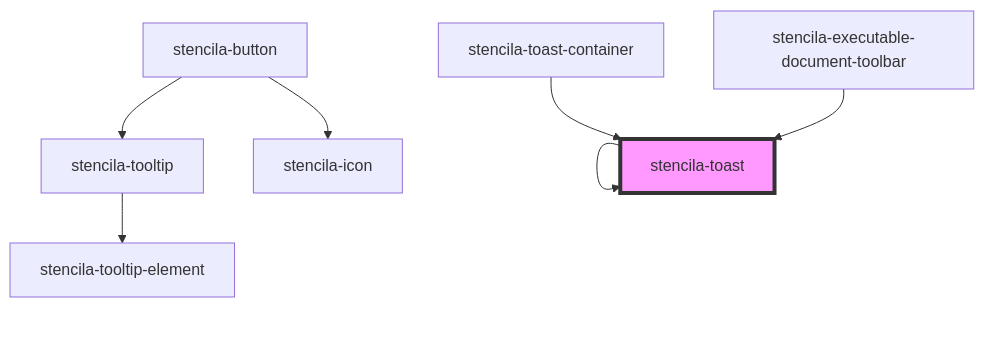
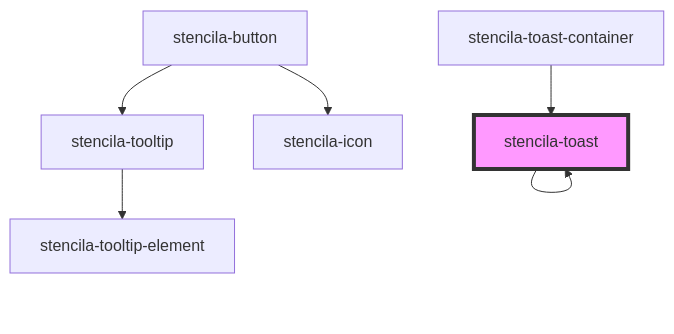
Before and after one commit to stencila/designa: the diagram in packages/components/src/components/toast/readme.md, drawn with Mermaid. The commit also changed other lines of this file and 16 other files, not shown here.

First line of the commit message:
refactor(Document Toolbar): Rename component

````diff
--- a/packages/components/src/components/toast/readme.md
+++ b/packages/components/src/components/toast/readme.md
@@ -42,10 +41,9 @@
 ```mermaid
 graph TD;
   stencila-toast --> stencila-toast
   stencila-button --> stencila-icon
   stencila-button --> stencila-tooltip
   stencila-tooltip --> stencila-tooltip-element
   stencila-toast-container --> stencila-toast
-  stencila-executable-document-toolbar --> stencila-toast
   style stencila-toast fill:#f9f,stroke:#333,stroke-width:4px
 ```
````
